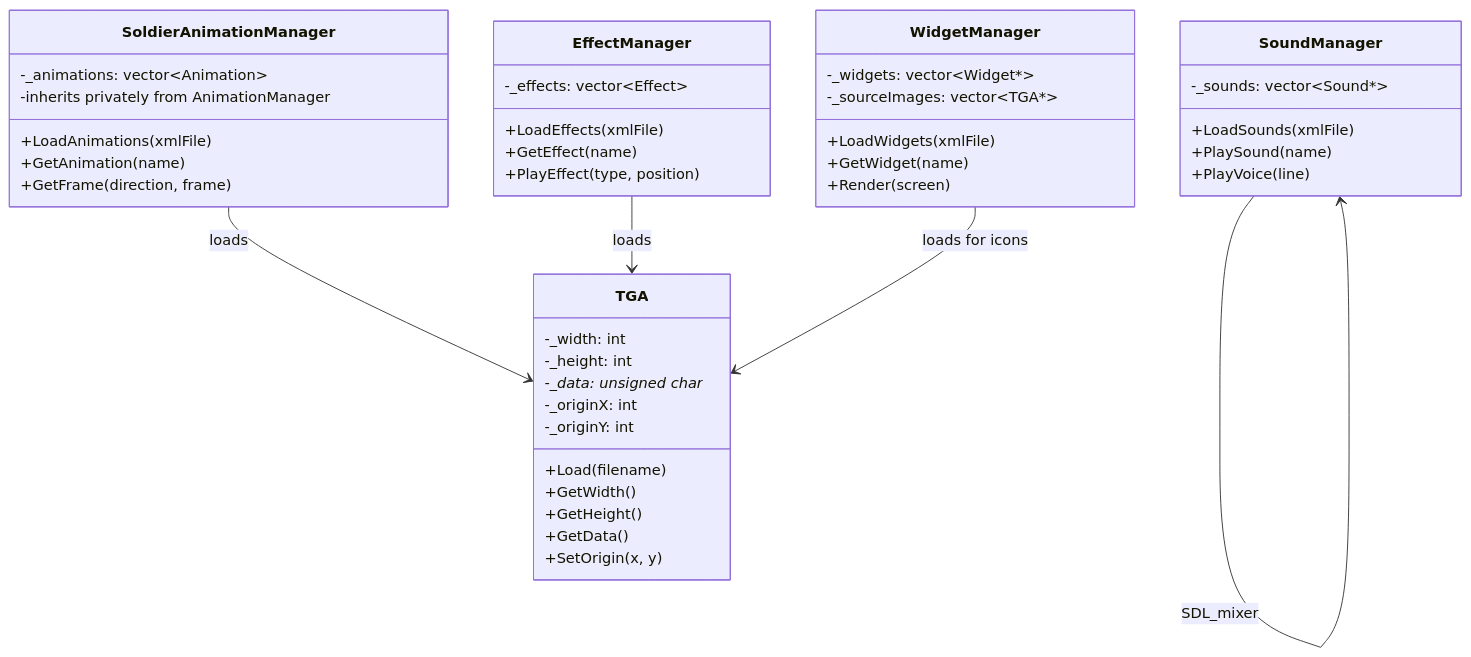
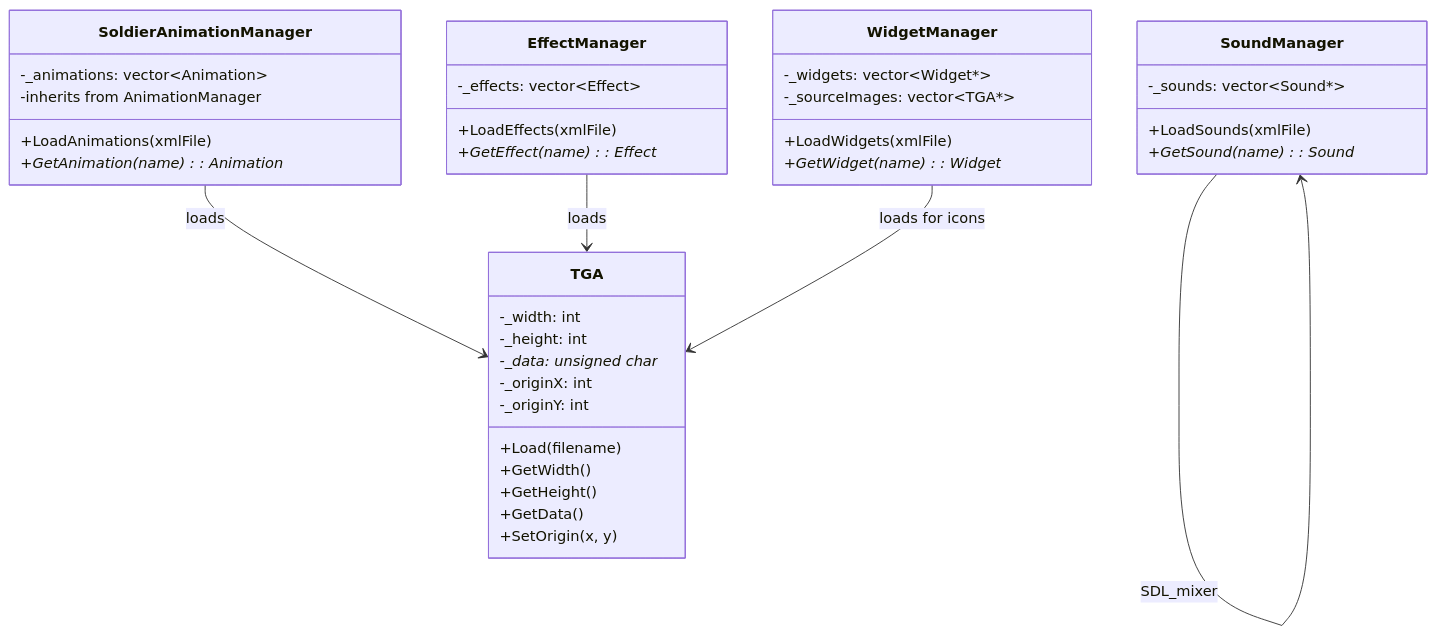
Before and after one commit to jukofyork/OpenCombat-SDL: the fourth of 4 diagrams in docs/chapters/08-assets.md, drawn with Mermaid. The commit also changed other lines of this file and 9 other files, not shown here.

First line of the commit message:
Fix architecture documentation inconsistencies across all 10 chapters

````diff
--- a/docs/chapters/08-assets.md
+++ b/docs/chapters/08-assets.md
@@ -345,50 +345,46 @@
 ```mermaid
 classDiagram
     class TGA {
         +Load(filename)
         +GetWidth()
         +GetHeight()
         +GetData()
         +SetOrigin(x, y)
         -_width: int
         -_height: int
         -_data: unsigned char*
         -_originX: int
         -_originY: int
     }
 
     class SoldierAnimationManager {
         +LoadAnimations(xmlFile)
-        +GetAnimation(name)
-        +GetFrame(direction, frame)
+        +GetAnimation(name): Animation*
         -_animations: vector~Animation~
-        -inherits privately from AnimationManager
+        -inherits from AnimationManager
     }
 
     class EffectManager {
         +LoadEffects(xmlFile)
-        +GetEffect(name)
-        +PlayEffect(type, position)
+        +GetEffect(name): Effect*
         -_effects: vector~Effect~
     }
 
     class WidgetManager {
         +LoadWidgets(xmlFile)
-        +GetWidget(name)
-        +Render(screen)
+        +GetWidget(name): Widget*
         -_widgets: vector~Widget*~
         -_sourceImages: vector~TGA*~
     }
 
     class SoundManager {
         +LoadSounds(xmlFile)
-        +PlaySound(name)
-        +PlayVoice(line)
+        +GetSound(name): Sound*
         -_sounds: vector~Sound*~
     }
 
     SoldierAnimationManager --> TGA : loads
     EffectManager --> TGA : loads
     WidgetManager --> TGA : loads for icons
     SoundManager --> SoundManager : SDL_mixer
 ```
````
